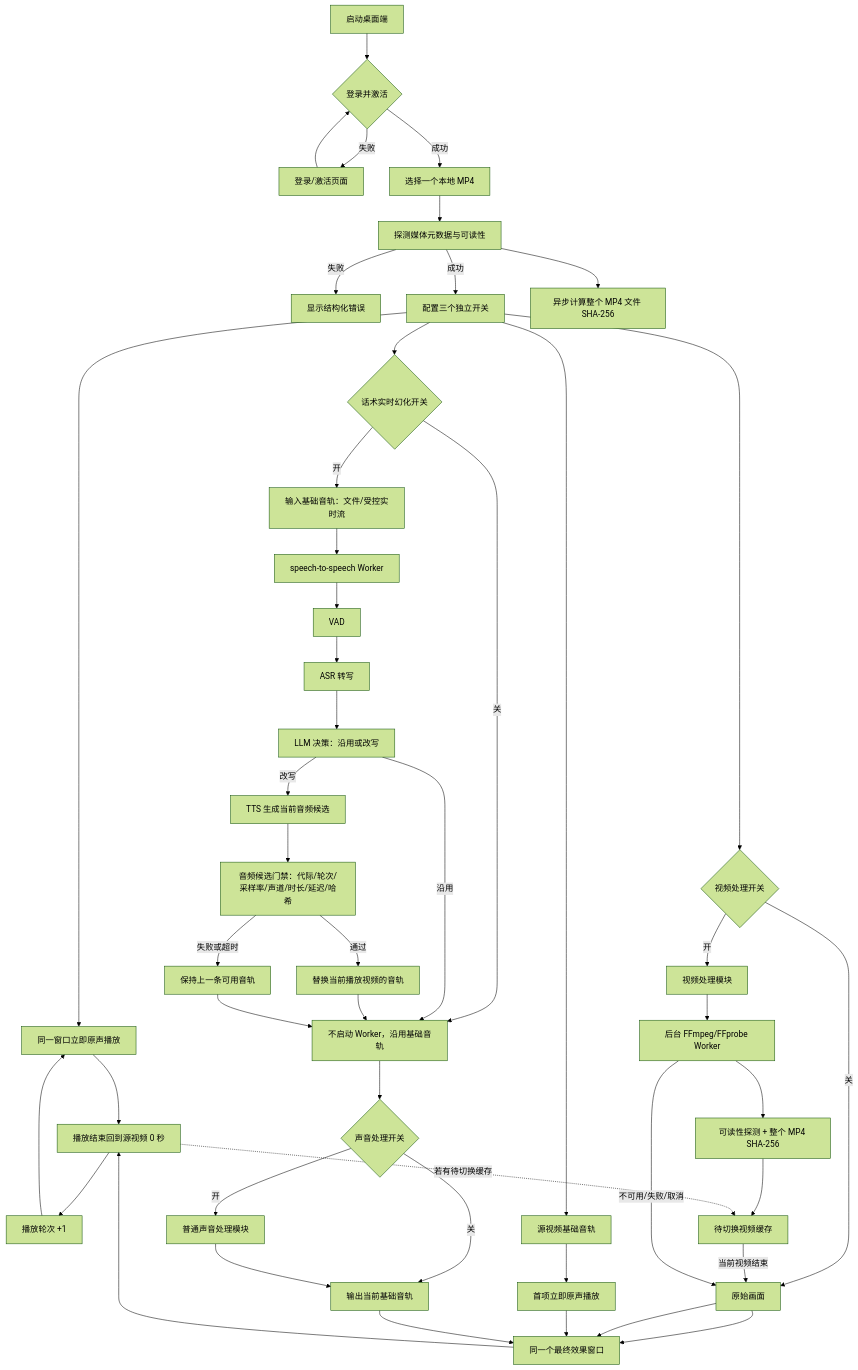
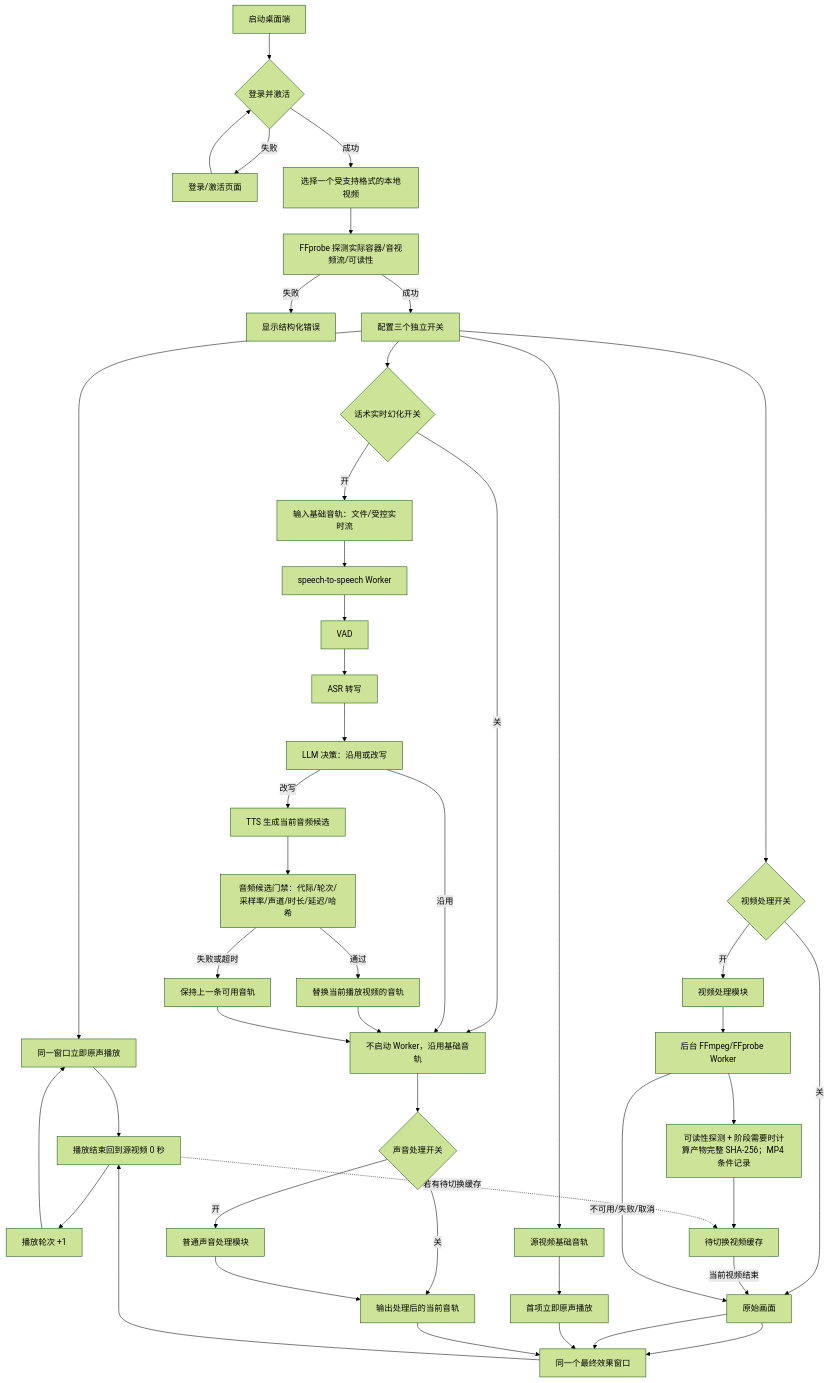
One commit to asd494235908/autolive changed the first of 4 diagrams in 桌面端功能流程图.md. Above: the diagram before and after it, drawn with Mermaid (forest theme). The commit also changed other lines of this file and 101 other files, not shown here.

````diff
--- a/桌面端功能流程图.md
+++ b/桌面端功能流程图.md
@@ -9,54 +9,53 @@
 ```mermaid
 flowchart TD
     Start[启动桌面端] --> Auth{登录并激活}
     Auth -->|失败| AuthPage[登录/激活页面]
     AuthPage --> Auth
-    Auth -->|成功| Import[选择一个本地 MP4]
-    Import --> Probe[探测媒体元数据与可读性]
+    Auth -->|成功| Import[选择一个受支持格式的本地视频]
+    Import --> Probe[FFprobe 探测实际容器/音视频流/可读性]
     Probe -->|失败| Error[显示结构化错误]
     Probe -->|成功| Config[配置三个独立开关]
-    Probe --> Hash[异步计算整个 MP4 文件 SHA-256]
     Config --> Original[同一窗口立即原声播放]
     Original --> Loop[播放结束回到源视频 0 秒]
     Loop --> Round[播放轮次 +1]
     Round --> Original
 
     Config --> VideoSwitch{视频处理开关}
     VideoSwitch -->|关| OriginalVideo[原始画面]
     VideoSwitch -->|开| VideoProcess[视频处理模块]
     VideoProcess --> VideoWorker[后台 FFmpeg/FFprobe Worker]
-    VideoWorker --> Verify[可读性探测 + 整个 MP4 SHA-256]
+    VideoWorker --> Verify[可读性探测 + 阶段需要时计算产物完整 SHA-256；MP4 条件记录]
     Verify --> Pending[待切换视频缓存]
     Pending -->|当前视频结束| OriginalVideo
     VideoWorker -->|不可用/失败/取消| OriginalVideo
     OriginalVideo --> Window[同一个最终效果窗口]
 
     Config --> BaseAudio[源视频基础音轨]
     BaseAudio --> Immediate[首项立即原声播放]
 
     Config --> RealtimeSwitch{话术实时幻化开关}
     RealtimeSwitch -->|关| Keep[不启动 Worker，沿用基础音轨]
     RealtimeSwitch -->|开| Input[输入基础音轨：文件/受控实时流]
     Input --> S2S[speech-to-speech Worker]
     S2S --> VAD[VAD]
     VAD --> ASR[ASR 转写]
     ASR --> LLM[LLM 决策：沿用或改写]
     LLM -->|沿用| Keep
     LLM -->|改写| TTS[TTS 生成当前音频候选]
     TTS --> Gate[音频候选门禁：代际/轮次/采样率/声道/时长/延迟/哈希]
     Gate -->|通过| Replace[替换当前播放视频的音轨]
     Gate -->|失败或超时| Fallback[保持上一条可用音轨]
     Replace --> Keep
     Fallback --> Keep
 
     Keep --> AudioSwitch{声音处理开关}
     AudioSwitch -->|关| FinalAudio[输出当前基础音轨]
     AudioSwitch -->|开| AudioProcess[普通声音处理模块]
-    AudioProcess --> FinalAudio
+    AudioProcess --> FinalAudio[输出处理后的当前音轨]
 
     OriginalVideo --> Window
     Immediate --> Window
     FinalAudio --> Window
     Window --> Loop
     Loop -.若有待切换缓存.-> Pending
 ```
````
